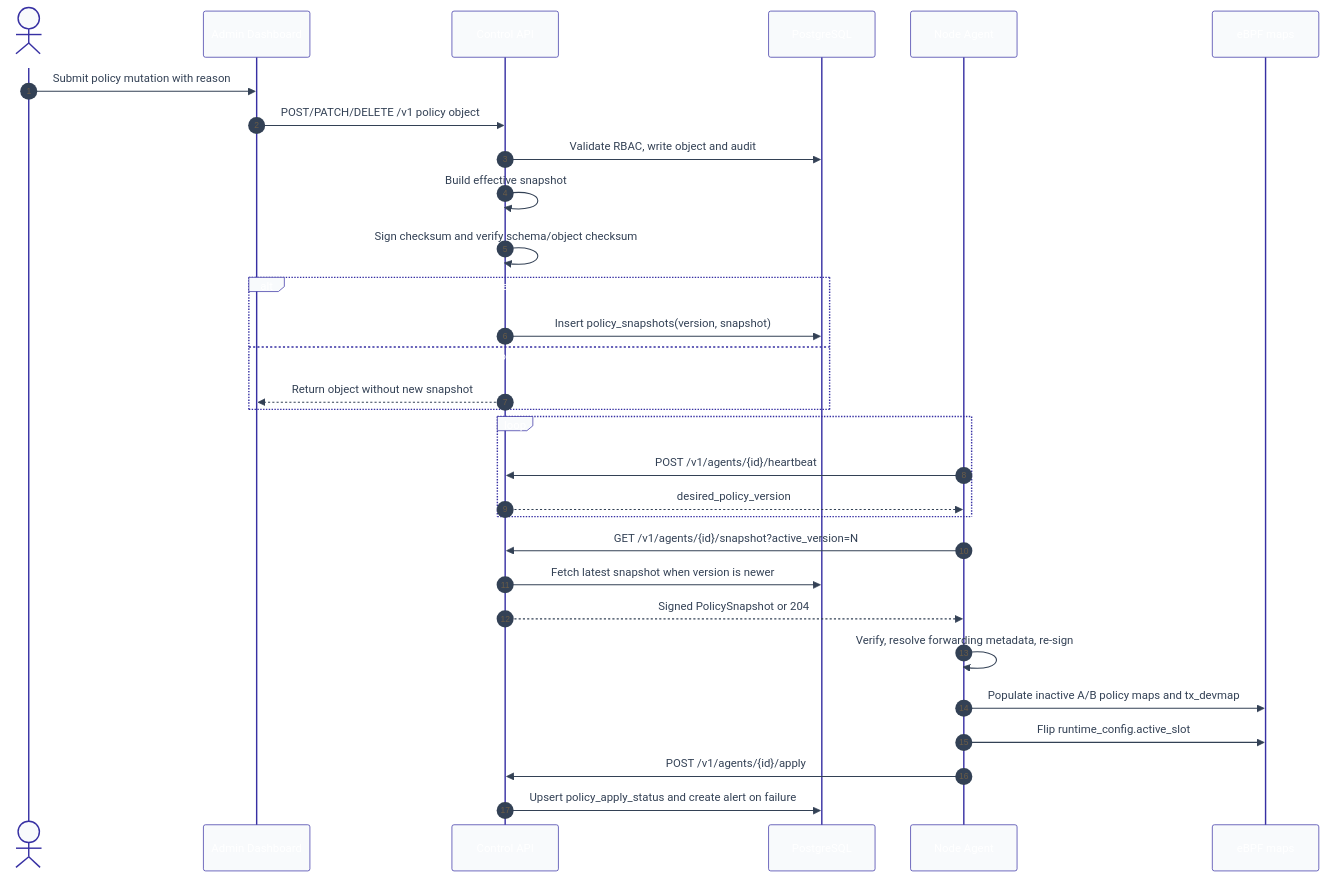
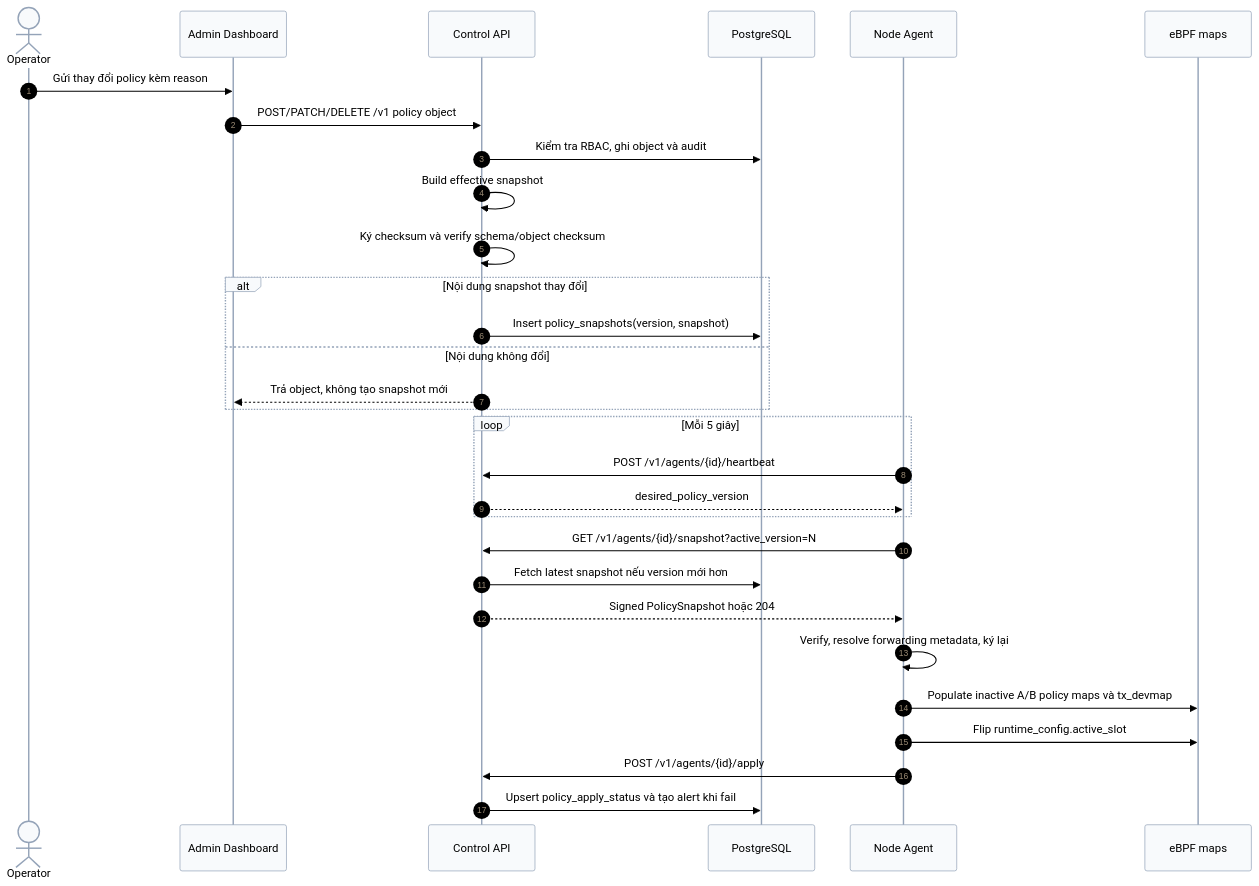
Before and after one commit to ken9xkyo/anti-ddos: the diagram in docs/diagrams/system-architecture/policy-snapshot-sequence.mmd, drawn with Mermaid. The commit also changed 14 other files, not shown here.

```diff
--- a/docs/diagrams/system-architecture/policy-snapshot-sequence.mmd
+++ b/docs/diagrams/system-architecture/policy-snapshot-sequence.mmd
@@ -1,32 +1,32 @@
-%%{init: {'theme':'base','themeVariables': {'primaryColor':'#4f46e5','primaryTextColor':'#ffffff','primaryBorderColor':'#3730a3','lineColor':'#94a3b8','secondaryColor':'#10b981','tertiaryColor':'#f59e0b','background':'#ffffff','mainBkg':'#f8fafc','nodeBorder':'#cbd5e1','clusterBkg':'#f1f5f9','clusterBorder':'#e2e8f0','titleColor':'#1e293b','edgeLabelBackground':'#ffffff','textColor':'#334155'}}}%%
+%%{init: {'theme':'base','themeVariables': {'primaryColor':'#f8fafc','primaryTextColor':'#000000','primaryBorderColor':'#94a3b8','lineColor':'#64748b','secondaryColor':'#e0f2fe','tertiaryColor':'#fef3c7','background':'#ffffff','mainBkg':'#ffffff','nodeBorder':'#94a3b8','clusterBkg':'#f8fafc','clusterBorder':'#cbd5e1','titleColor':'#000000','edgeLabelBackground':'#ffffff','textColor':'#000000','actorTextColor':'#000000','actorBkg':'#f8fafc','actorBorder':'#94a3b8','participantTextColor':'#000000','participantBkg':'#f8fafc','participantBorder':'#94a3b8','labelTextColor':'#000000','loopTextColor':'#000000','noteTextColor':'#000000'}}}%%
 sequenceDiagram
     autonumber
     actor Operator
     participant Dashboard as Admin Dashboard
     participant API as Control API
     participant DB as PostgreSQL
     participant Agent as Node Agent
     participant XDP as eBPF maps
 
-    Operator->>Dashboard: Submit policy mutation with reason
+    Operator->>Dashboard: Gửi thay đổi policy kèm reason
     Dashboard->>API: POST/PATCH/DELETE /v1 policy object
-    API->>DB: Validate RBAC, write object and audit
+    API->>DB: Kiểm tra RBAC, ghi object và audit
     API->>API: Build effective snapshot
-    API->>API: Sign checksum and verify schema/object checksum
-    alt Snapshot content changed
+    API->>API: Ký checksum và verify schema/object checksum
+    alt Nội dung snapshot thay đổi
         API->>DB: Insert policy_snapshots(version, snapshot)
-    else No content change
-        API-->>Dashboard: Return object without new snapshot
+    else Nội dung không đổi
+        API-->>Dashboard: Trả object, không tạo snapshot mới
     end
-    loop Every 5 seconds
+    loop Mỗi 5 giây
         Agent->>API: POST /v1/agents/{id}/heartbeat
         API-->>Agent: desired_policy_version
     end
     Agent->>API: GET /v1/agents/{id}/snapshot?active_version=N
-    API->>DB: Fetch latest snapshot when version is newer
-    API-->>Agent: Signed PolicySnapshot or 204
-    Agent->>Agent: Verify, resolve forwarding metadata, re-sign
-    Agent->>XDP: Populate inactive A/B policy maps and tx_devmap
+    API->>DB: Fetch latest snapshot nếu version mới hơn
+    API-->>Agent: Signed PolicySnapshot hoặc 204
+    Agent->>Agent: Verify, resolve forwarding metadata, ký lại
+    Agent->>XDP: Populate inactive A/B policy maps và tx_devmap
     Agent->>XDP: Flip runtime_config.active_slot
     Agent->>API: POST /v1/agents/{id}/apply
-    API->>DB: Upsert policy_apply_status and create alert on failure
+    API->>DB: Upsert policy_apply_status và tạo alert khi fail
```
